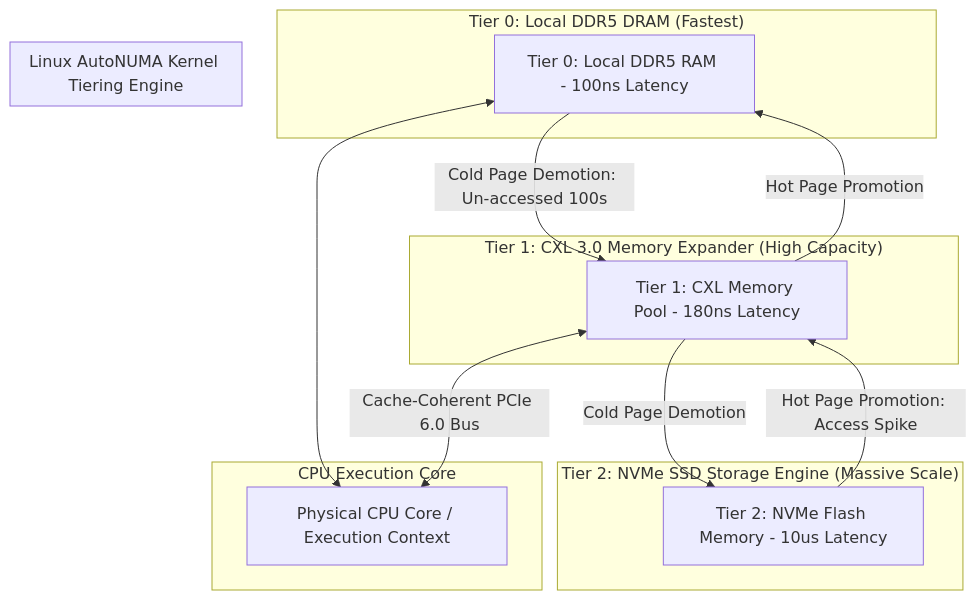
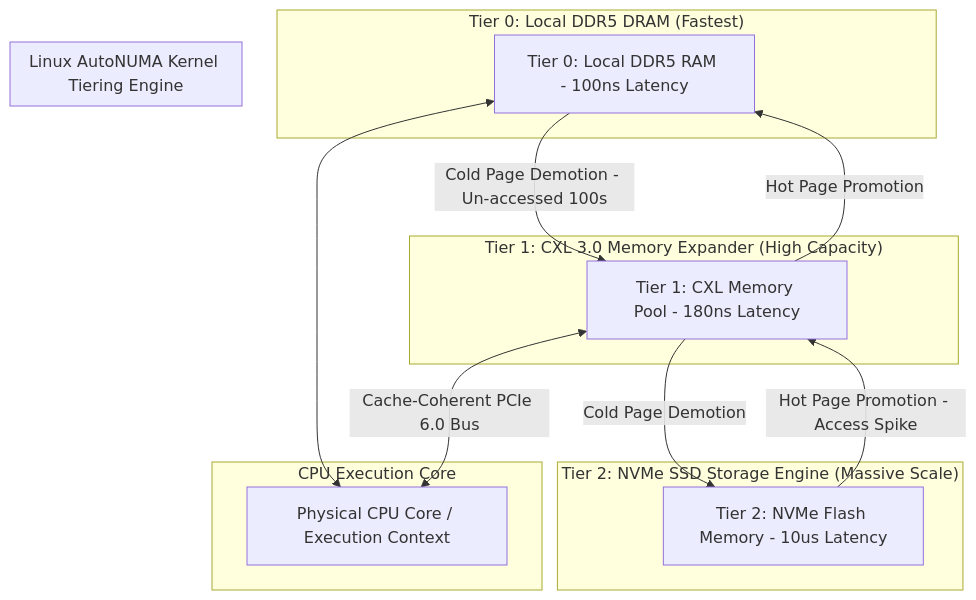
One commit to akmalkhaniub/akmalkhaniub.github.io changed the diagram in blog/posts/heterogeneous-memory-tiering-cxl-nvme-dram-caching.md. Above: the diagram before and after it, drawn with Mermaid. The commit also changed 411 other files, not shown here.

````diff
--- a/blog/posts/heterogeneous-memory-tiering-cxl-nvme-dram-caching.md
+++ b/blog/posts/heterogeneous-memory-tiering-cxl-nvme-dram-caching.md
@@ -21,25 +21,25 @@
 ```mermaid
-graph TD
+flowchart TD
   subgraph SG1_CpuExecutionCore ["CPU Execution Core"]
     CPUCore[Physical CPU Core / Execution Context]
   end
   
   subgraph SG2_Tier0Local ["Tier 0: Local DDR5 DRAM (Fastest)"]
     DRAM[Tier 0: Local DDR5 RAM - 100ns Latency] <--> CPUCore
   end
   
   subgraph SG3_Tier1Cxl ["Tier 1: CXL 3.0 Memory Expander (High Capacity)"]
     CXL[Tier 1: CXL Memory Pool - 180ns Latency] <-->|Cache-Coherent PCIe 6.0 Bus| CPUCore
   end
   
   subgraph SG4_Tier2Nvme ["Tier 2: NVMe SSD Storage Engine (Massive Scale)"]
     NVMe[Tier 2: NVMe Flash Memory - 10us Latency]
   end
   
   subgraph SG5_LinuxAutonumaKernel ["Linux AutoNUMA Kernel Tiering Engine"]
-    DRAM -->|Cold Page Demotion: Un-accessed 100s| CXL
+    DRAM -->|Cold Page Demotion - Un-accessed 100s| CXL
     CXL -->|Cold Page Demotion| NVMe
-    NVMe -->|Hot Page Promotion: Access Spike| CXL
+    NVMe -->|Hot Page Promotion - Access Spike| CXL
     CXL -->|Hot Page Promotion| DRAM
   end
 ```
````
